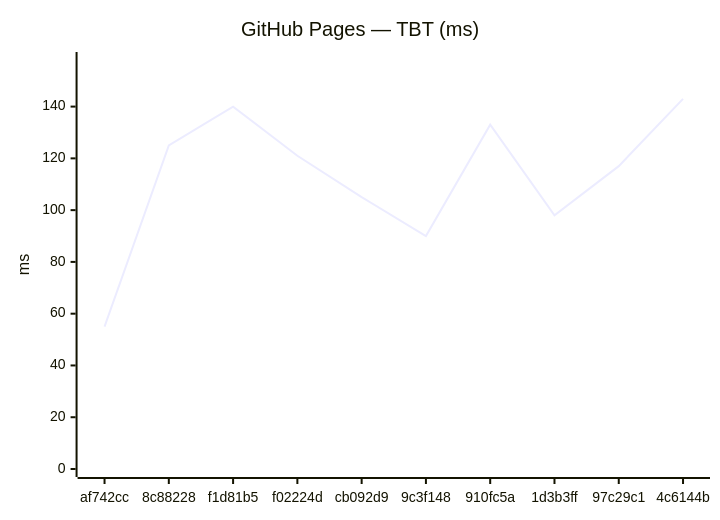
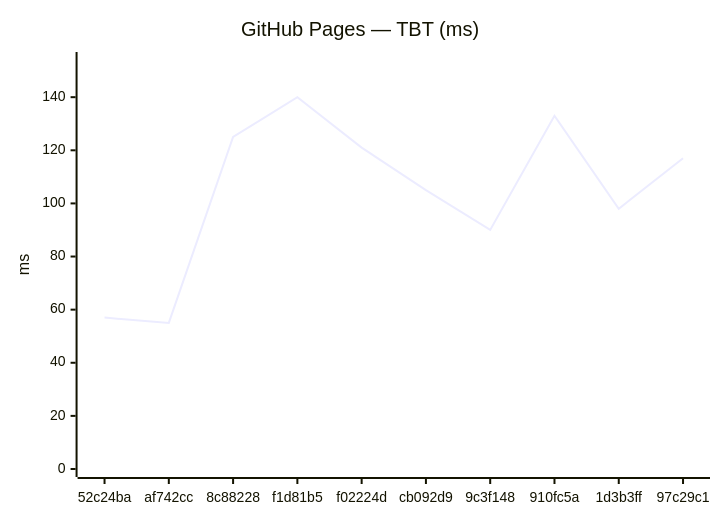
Before and after one commit to Metaheurist/Rianell: the fourth of 18 diagrams in benchmarks/compare.md, drawn with Mermaid. The commit also changed other lines of this file and 11 other files, not shown here.

````diff
--- a/benchmarks/compare.md
+++ b/benchmarks/compare.md
@@ -61,7 +61,7 @@
 ```mermaid
 xychart-beta
     title "GitHub Pages — TBT (ms)"
-    x-axis ["af742cc", "8c88228", "f1d81b5", "f02224d", "cb092d9", "9c3f148", "910fc5a", "1d3b3ff", "97c29c1", "4c6144b"]
-    y-axis "ms" 0 --> 158
-    line [55, 125, 140, 121, 105, 90, 133, 98, 117, 143]
+    x-axis ["52c24ba", "af742cc", "8c88228", "f1d81b5", "f02224d", "cb092d9", "9c3f148", "910fc5a", "1d3b3ff", "97c29c1"]
+    y-axis "ms" 0 --> 154
+    line [57, 55, 125, 140, 121, 105, 90, 133, 98, 117]
 ```
````
